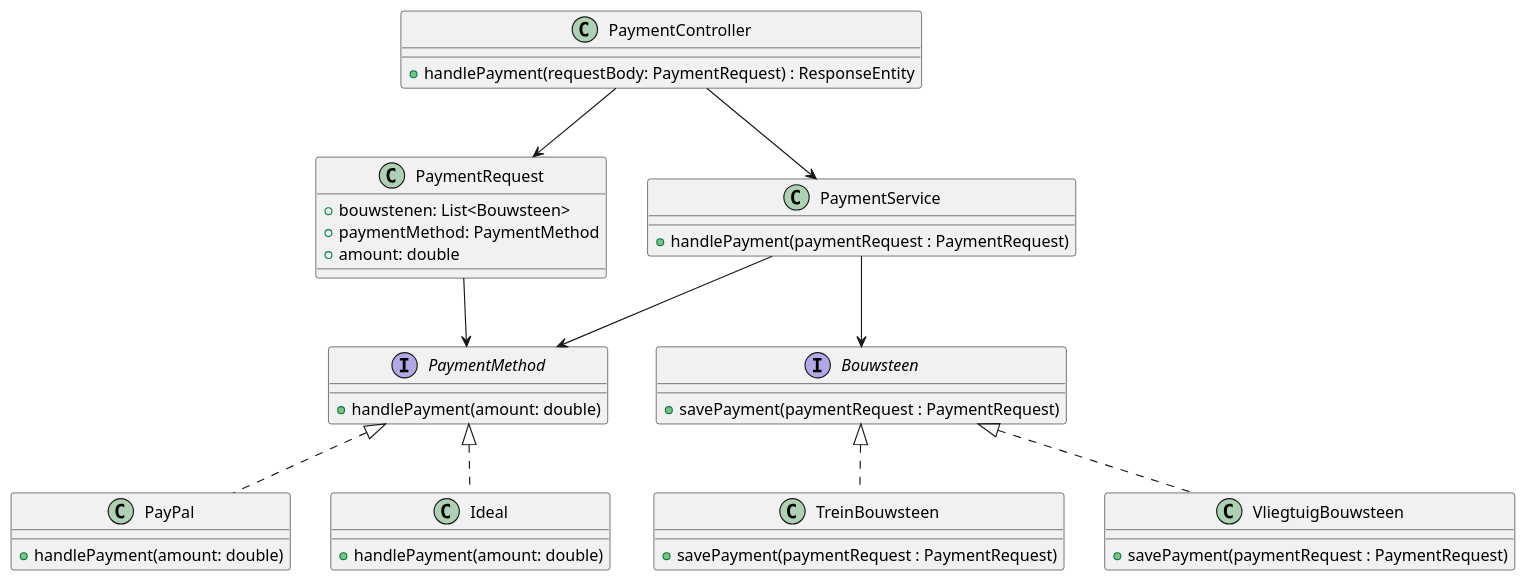
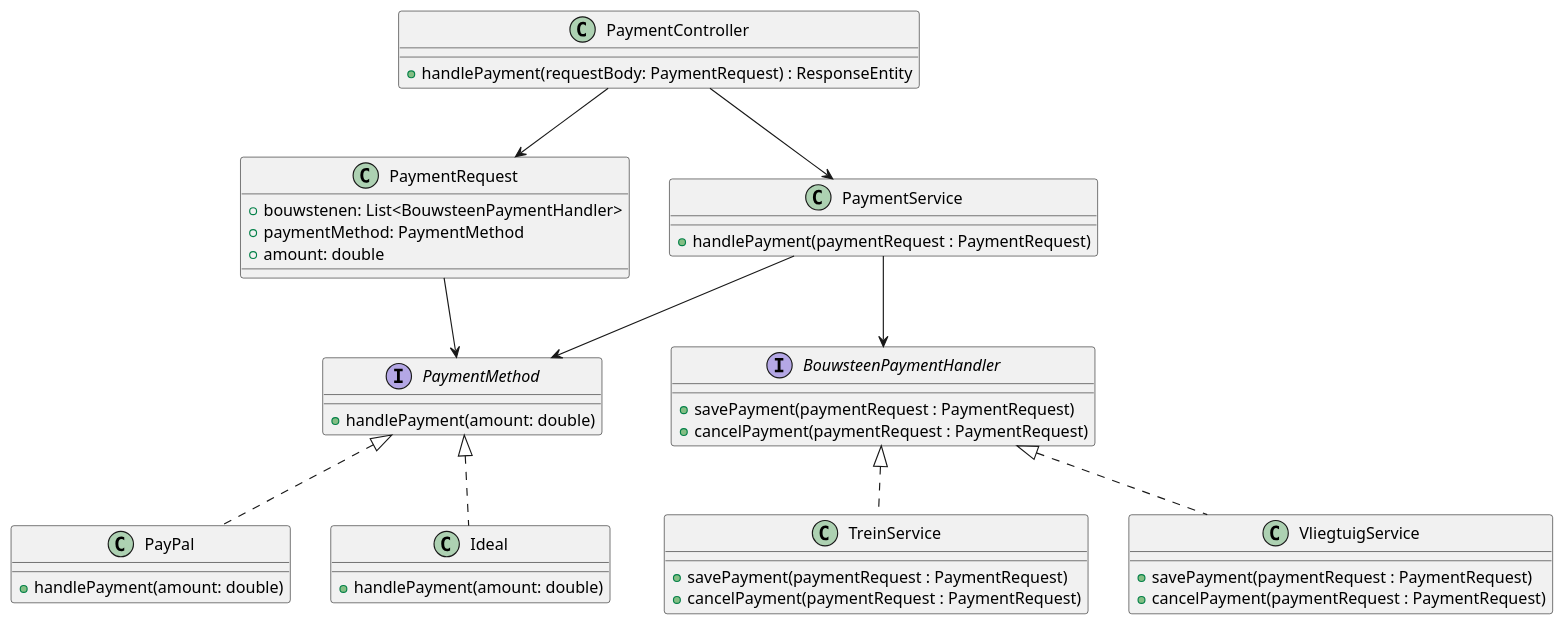
The diagram in groeps-uitwerkingen/week2/klassediagrammen/klassediagram-Stefan.puml (AIM-ENE-feb25/triptop-de-broederbond-fgs), drawn with PlantUML before and after one commit. The commit also changed 2 other files, not shown here.

Commit message:
sequentie diagram

```diff
--- a/groeps-uitwerkingen/week2/klassediagrammen/klassediagram-Stefan.puml
+++ b/groeps-uitwerkingen/week2/klassediagrammen/klassediagram-Stefan.puml
@@ -1,43 +1,46 @@
 @startuml
 
 class PaymentRequest{
-    + bouwstenen: List<Bouwsteen>
+    + bouwstenen: List<BouwsteenPaymentHandler>
     + paymentMethod: PaymentMethod
     + amount: double
 }
 PaymentRequest --> PaymentMethod
 
 class PaymentController{
     + handlePayment(requestBody: PaymentRequest) : ResponseEntity
 }
 PaymentController --> PaymentService
 PaymentController --> PaymentRequest
 
 
 class PaymentService {
     + handlePayment(paymentRequest : PaymentRequest)
 }
 PaymentService --> PaymentMethod
-PaymentService --> Bouwsteen
+PaymentService --> BouwsteenPaymentHandler
 
-interface Bouwsteen {
+interface BouwsteenPaymentHandler {
     + savePayment(paymentRequest : PaymentRequest)
+    + cancelPayment(paymentRequest : PaymentRequest)
 }
-class TreinBouwsteen implements Bouwsteen{
+class TreinService implements BouwsteenPaymentHandler{
     + savePayment(paymentRequest : PaymentRequest)
+    + cancelPayment(paymentRequest : PaymentRequest)
 }
-class VliegtuigBouwsteen implements Bouwsteen{
+class VliegtuigService implements BouwsteenPaymentHandler{
     + savePayment(paymentRequest : PaymentRequest)
+    + cancelPayment(paymentRequest : PaymentRequest)
 }
 
 interface PaymentMethod{
     + handlePayment(amount: double)
 }
 class PayPal implements PaymentMethod{
     + handlePayment(amount: double)
 }
 class Ideal implements PaymentMethod{
     + handlePayment(amount: double)
 }
 
 @enduml
```
